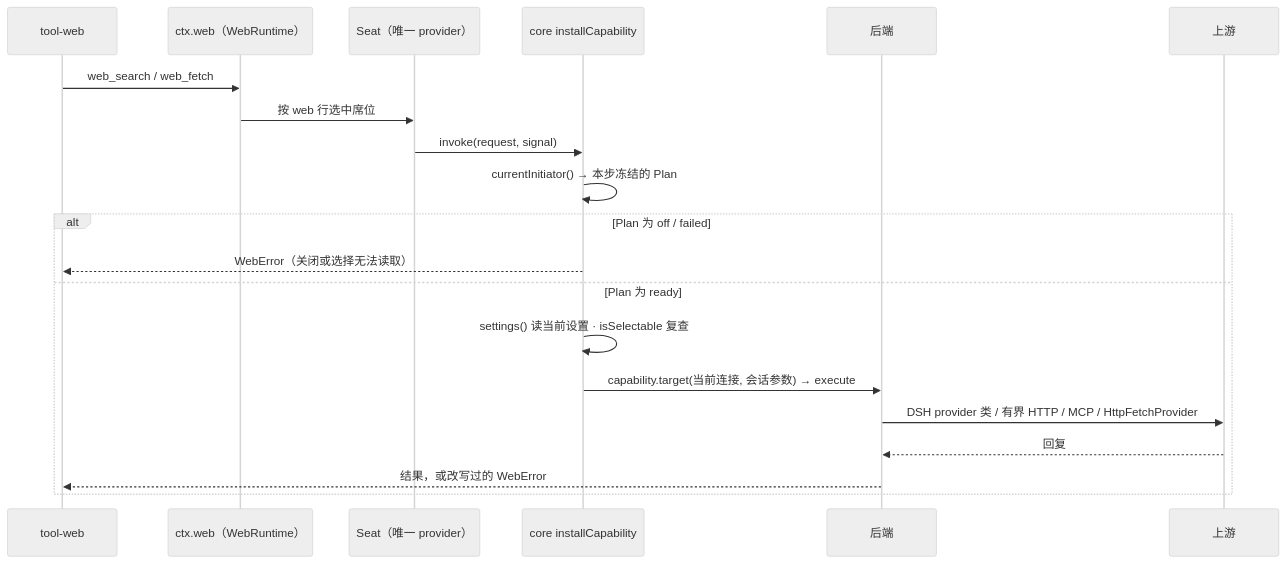
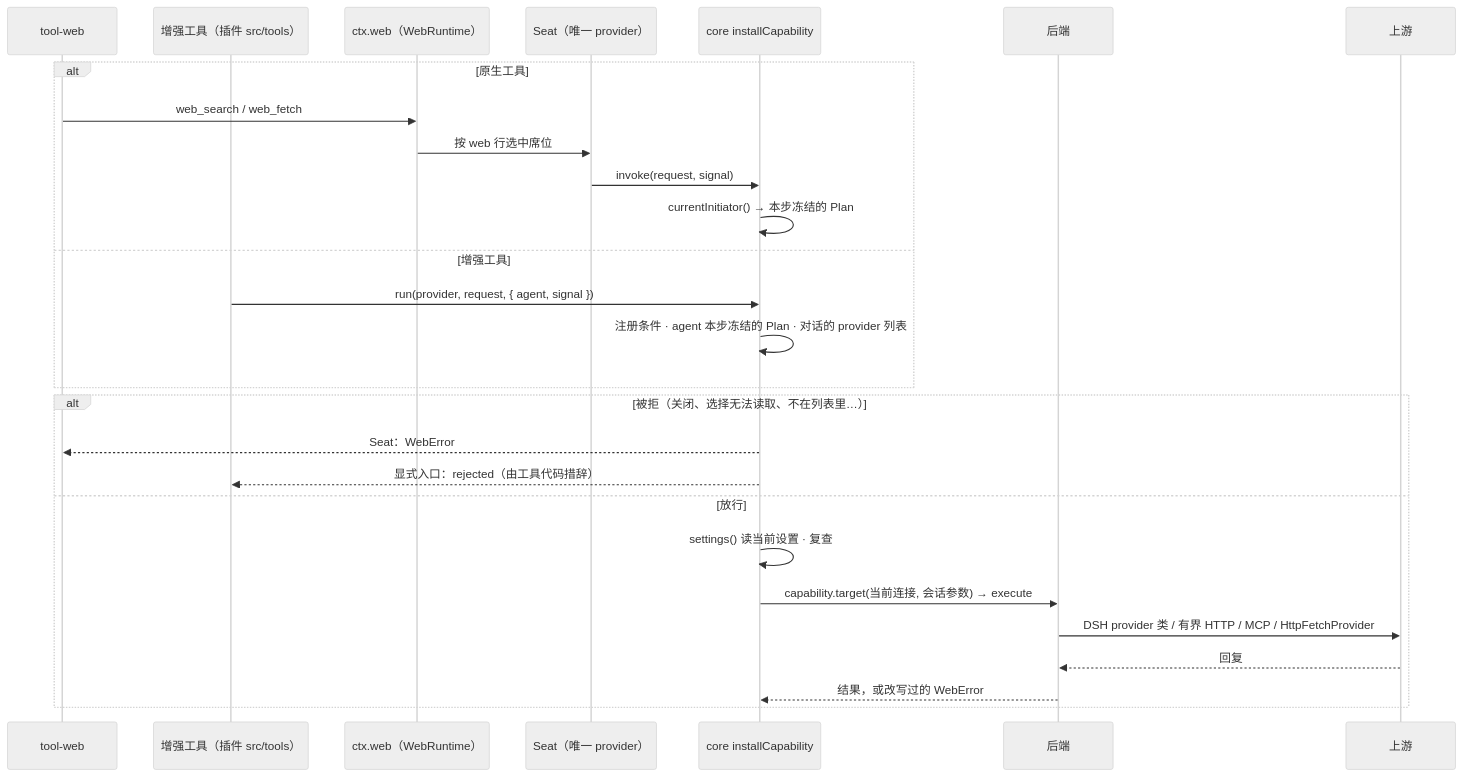
One commit to Yurzi/dsh-tool-web-enhanced changed the third of 5 diagrams in docs/architecture.md. Above: the diagram before and after it, drawn with Mermaid (neutral theme). The commit also changed other lines of this file and 167 other files, not shown here.

```diff
--- a/docs/architecture.md
+++ b/docs/architecture.md
@@ -138,22 +147,29 @@
 ~~~mermaid
 sequenceDiagram
   participant T as tool-web
+  participant E as 增强工具（插件 src/tools）
   participant W as ctx.web（WebRuntime）
   participant S as Seat（唯一 provider）
   participant C as core installCapability
   participant B as 后端
   participant U as 上游
-  T->>W: web_search / web_fetch
-  W->>S: 按 web 行选中席位
-  S->>C: invoke(request, signal)
-  C->>C: currentInitiator() → 本步冻结的 Plan
-  alt Plan 为 off / failed
-    C-->>T: WebError（关闭或选择无法读取）
-  else Plan 为 ready
-    C->>C: settings() 读当前设置 · isSelectable 复查
+  alt 原生工具
+    T->>W: web_search / web_fetch
+    W->>S: 按 web 行选中席位
+    S->>C: invoke(request, signal)
+    C->>C: currentInitiator() → 本步冻结的 Plan
+  else 增强工具
+    E->>C: run(provider, request, { agent, signal })
+    C->>C: 注册条件 · agent 本步冻结的 Plan · 对话的 provider 列表
+  end
+  alt 被拒（关闭、选择无法读取、不在列表里…）
+    C-->>T: Seat：WebError
+    C-->>E: 显式入口：rejected（由工具代码措辞）
+  else 放行
+    C->>C: settings() 读当前设置 · 复查
     C->>B: capability.target(当前连接, 会话参数) → execute
     B->>U: DSH provider 类 / 有界 HTTP / MCP / HttpFetchProvider
     U-->>B: 回复
-    B-->>T: 结果，或改写过的 WebError
+    B-->>C: 结果，或改写过的 WebError
   end
 ~~~
```
